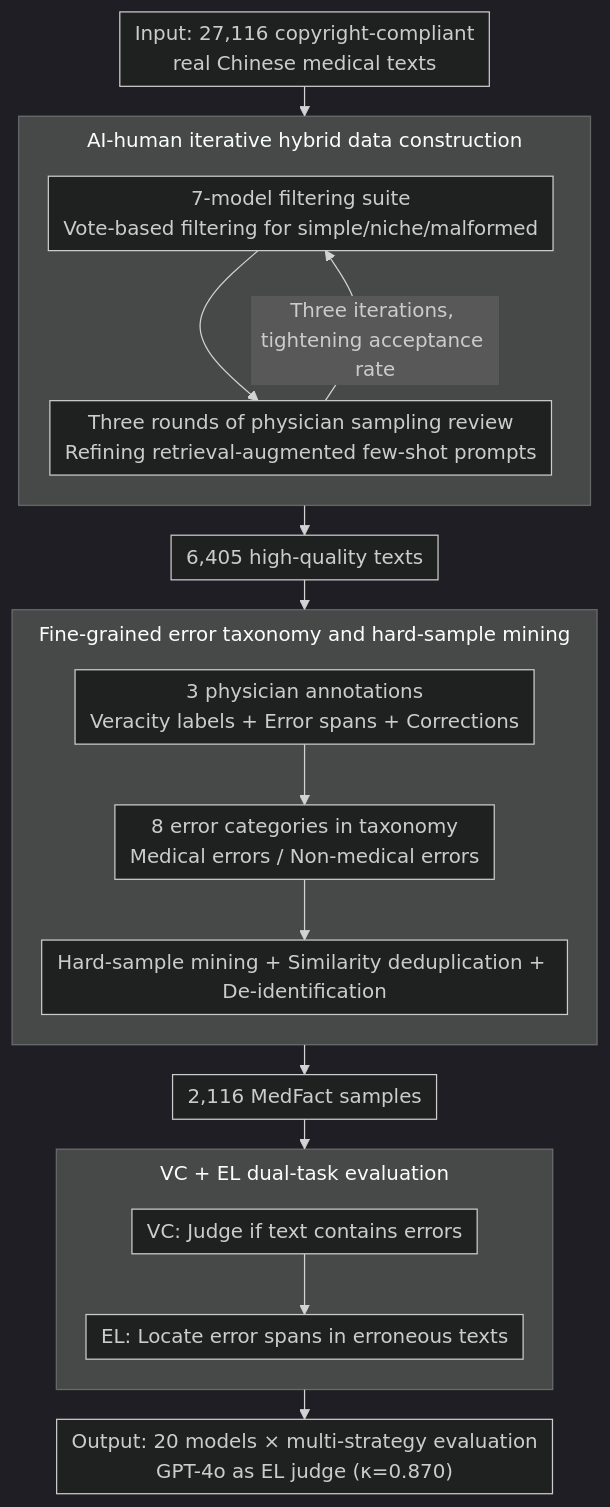
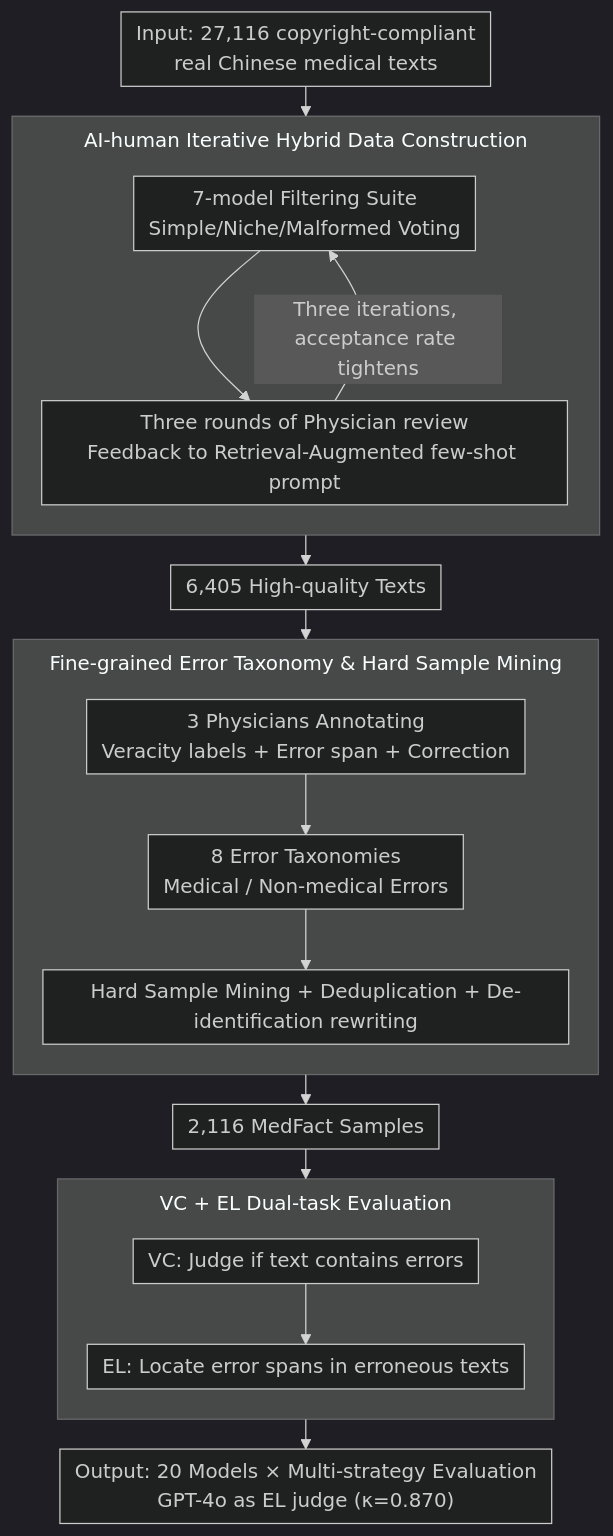
Before and after one commit to zhaoyang97/Paper-Notes-en: the diagram in docs/ACL2026/medical_nlp/medfact_benchmarking_the_fact-checking_capabilities_of_large_language_models_on_.md, drawn with Mermaid (dark theme). The commit also changed other lines of this file and 5084 other files, not shown here.

````diff
--- a/docs/ACL2026/medical_nlp/medfact_benchmarking_the_fact-checking_capabilities_of_large_language_models_on_.md
+++ b/docs/ACL2026/medical_nlp/medfact_benchmarking_the_fact-checking_capabilities_of_large_language_models_on_.md
@@ -46,31 +46,31 @@
 ```mermaid
 %%{init: {'flowchart': {'rankSpacing': 24, 'nodeSpacing': 28, 'padding': 6, 'wrappingWidth': 400, 'subGraphTitleMargin': {'top': 8, 'bottom': 16}}}}%%
 flowchart TD
     A["Input: 27,116 copyright-compliant<br/>real Chinese medical texts"]
-    subgraph F["AI-human iterative hybrid data construction"]
+    subgraph F["AI-human Iterative Hybrid Data Construction"]
         direction TB
-        B["7-model filtering suite<br/>Vote-based filtering for simple/niche/malformed"]
-        C["Three rounds of physician sampling review<br/>Refining retrieval-augmented few-shot prompts"]
+        B["7-model Filtering Suite<br/>Simple/Niche/Malformed Voting"]
+        C["Three rounds of Physician review<br/>Feedback to Retrieval-Augmented few-shot prompt"]
         B --> C
-        C -->|"Three iterations, tightening acceptance rate"| B
+        C -->|"Three iterations, acceptance rate tightens"| B
     end
     A --> F
-    F --> D["6,405 high-quality texts"]
-    subgraph G["Fine-grained error taxonomy and hard-sample mining"]
+    F --> D["6,405 High-quality Texts"]
+    subgraph G["Fine-grained Error Taxonomy & Hard Sample Mining"]
         direction TB
-        E["3 physician annotations<br/>Veracity labels + Error spans + Corrections"]
-        H["8 error categories in taxonomy<br/>Medical errors / Non-medical errors"]
-        I["Hard-sample mining + Similarity deduplication + De-identification"]
+        E["3 Physicians Annotating<br/>Veracity labels + Error span + Correction"]
+        H["8 Error Taxonomies<br/>Medical / Non-medical Errors"]
+        I["Hard Sample Mining + Deduplication + De-identification rewriting"]
         E --> H --> I
     end
     D --> G
-    G --> J["2,116 MedFact samples"]
-    subgraph K["VC + EL dual-task evaluation"]
+    G --> J["2,116 MedFact Samples"]
+    subgraph K["VC + EL Dual-task Evaluation"]
         direction TB
         L["VC: Judge if text contains errors"]
         M["EL: Locate error spans in erroneous texts"]
         L --> M
     end
     J --> K
-    K --> N["Output: 20 models × multi-strategy evaluation<br/>GPT-4o as EL judge (κ=0.870)"]
+    K --> N["Output: 20 Models × Multi-strategy Evaluation<br/>GPT-4o as EL judge (κ=0.870)"]
 ```
````
